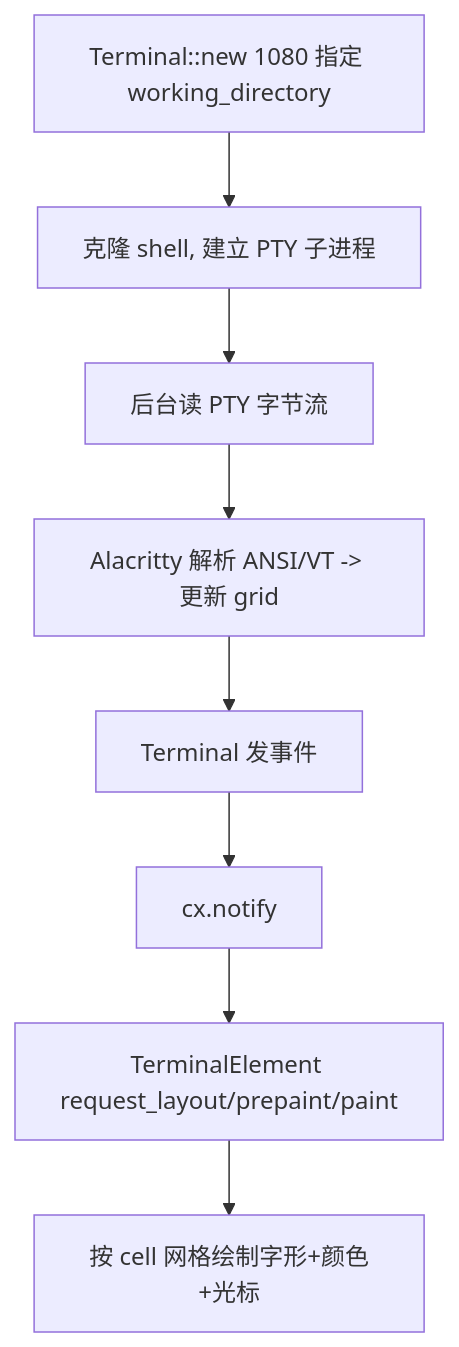
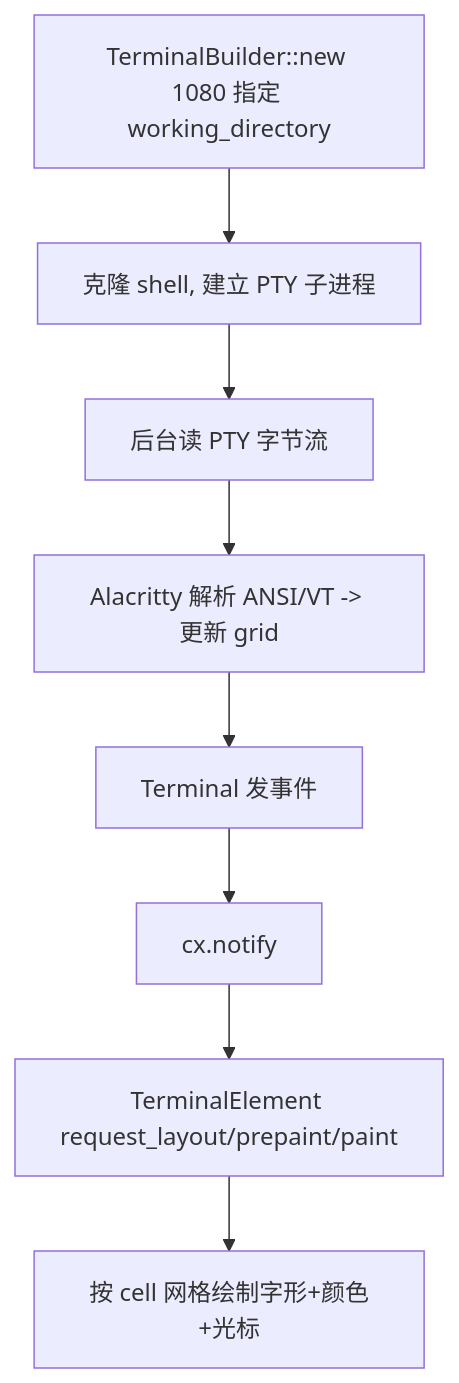
The diagram in wiki/Terminal.md (rzhangjing/zed), drawn with Mermaid before and after one commit. The commit also changed other lines of this file and 206 other files, not shown here.

````diff
--- a/wiki/Terminal.md
+++ b/wiki/Terminal.md
@@ -18,10 +18,10 @@
 ```mermaid
 graph TB
-    S[Terminal::new 1080 指定 working_directory] --> P[克隆 shell, 建立 PTY 子进程]
+    S[TerminalBuilder::new 1080 指定 working_directory] --> P[克隆 shell, 建立 PTY 子进程]
     P --> R[后台读 PTY 字节流]
     R --> AP[Alacritty 解析 ANSI/VT -> 更新 grid]
     AP --> EV[Terminal 发事件]
     EV --> N[cx.notify]
     N --> EL[TerminalElement request_layout/prepaint/paint]
     EL --> G[按 cell 网格绘制字形+颜色+光标]
 ```
````
